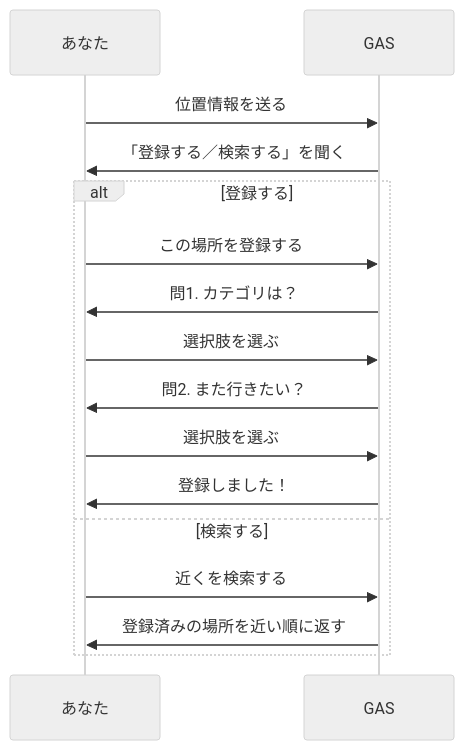
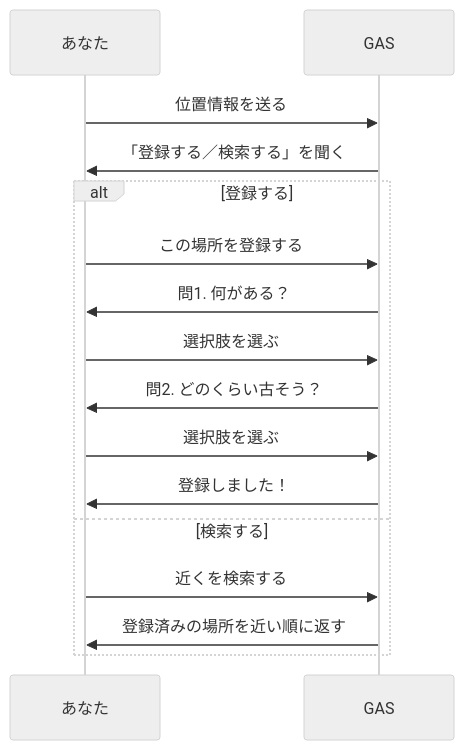
Before and after one commit to line-community-developer/nara-udc-line-handson: the diagram in books/nara-line-location-log-handson/02-00-intro.md, drawn with Mermaid (neutral theme). The commit also changed 19 other files, not shown here.

````diff
--- a/books/nara-line-location-log-handson/02-00-intro.md
+++ b/books/nara-line-location-log-handson/02-00-intro.md
@@ -7,19 +7,19 @@
 ```mermaid
 sequenceDiagram
     participant You as あなた
     participant GAS as GAS
 
     You->>GAS: 位置情報を送る
     GAS->>You: 「登録する／検索する」を聞く
     alt 登録する
         You->>GAS: この場所を登録する
-        GAS->>You: 問1. カテゴリは？
+        GAS->>You: 問1. 何がある？
         You->>GAS: 選択肢を選ぶ
-        GAS->>You: 問2. また行きたい？
+        GAS->>You: 問2. どのくらい古そう？
         You->>GAS: 選択肢を選ぶ
         GAS->>You: 登録しました！
     else 検索する
         You->>GAS: 近くを検索する
         GAS->>You: 登録済みの場所を近い順に返す
     end
 ```
````
